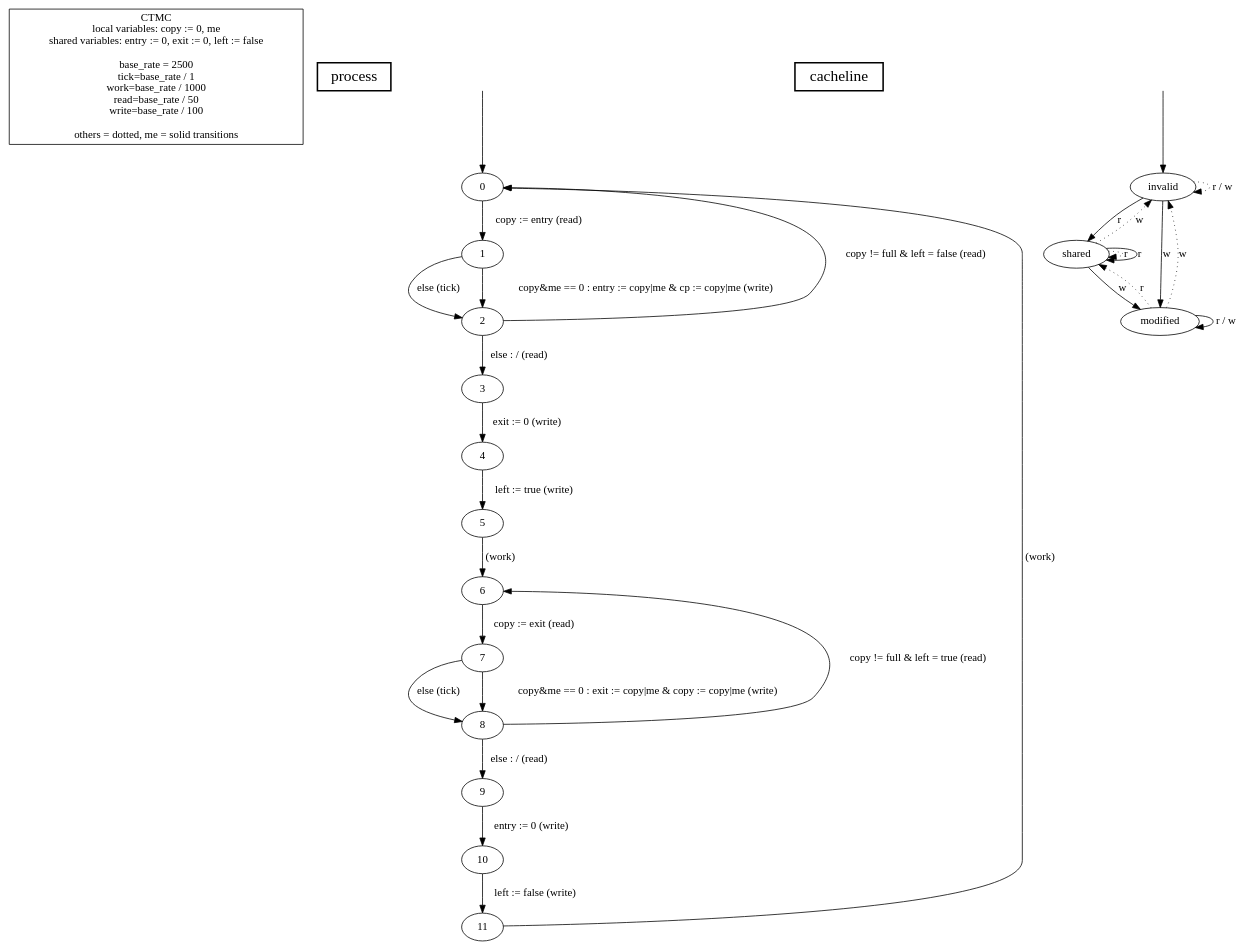
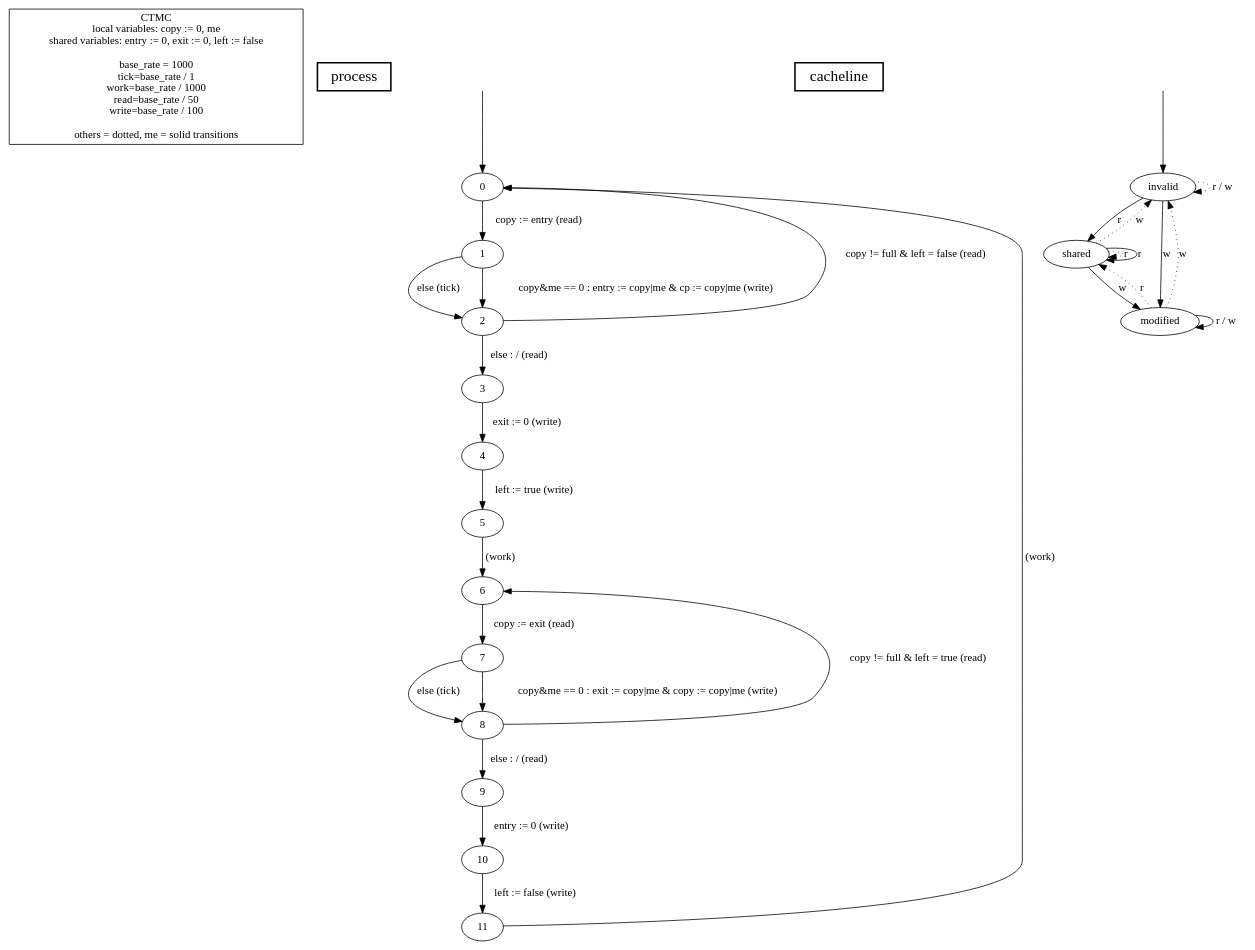
Before and after one commit to hydroo/minor-thesis-barriers: the diagram in models/prism/ctmc/with-cache/model.dot, drawn with Graphviz. The commit also changed 1 other file, not shown here.

Commit message:
base rate is now 1000, not 2500
base rate is now 1000

```diff
--- a/models/prism/ctmc/with-cache/model.dot
+++ b/models/prism/ctmc/with-cache/model.dot
@@ -1,53 +1,53 @@
 digraph {
 
-	"CTMC\nlocal variables: copy := 0, me\nshared variables: entry := 0, exit := 0, left := false\n\nbase_rate = 2500\ntick=base_rate / 1\nwork=base_rate / 1000\nread=base_rate / 50\nwrite=base_rate / 100\n\nothers = dotted, me = solid transitions" [nojustify=true, shape=box]
+	"CTMC\nlocal variables: copy := 0, me\nshared variables: entry := 0, exit := 0, left := false\n\nbase_rate = 1000\ntick=base_rate / 1\nwork=base_rate / 1000\nread=base_rate / 50\nwrite=base_rate / 100\n\nothers = dotted, me = solid transitions" [nojustify=true, shape=box]
 
 	"process" [nojustify=true, shape=box, style=bold, fontsize=20]
 
 	initial_state_source [style=invis]
 
 	// process
 
 	initial_state_source -> "0"
 
 	"0"  -> "1"  [weight=10, label="copy := entry (read)"]
 	"1"  -> "2"  [label="else (tick)"]
 	"1"  -> "2"  [weight=10, label="copy&me == 0 : entry := copy|me & cp := copy|me (write)"]
 
 	"2"  -> "0"  [label="copy != full & left = false (read)"]
 	"2"  -> "3"  [weight=10, label="else : / (read)"]
 	"3"  -> "4"  [weight=10, label="exit := 0 (write)"]
 	"4"  -> "5"  [weight=10, label="left := true (write)"]
 
 	"5"  -> "6"  [weight=10, label="(work)"]
 
 	"6"  -> "7"  [weight=10, label="copy := exit (read)"]
 	"7" -> "8"   [label="else (tick)"]
 	"7" -> "8"   [weight=10, label="copy&me == 0 : exit := copy|me & copy := copy|me (write)"]
 
 	"8" -> "6"   [label="copy != full & left = true (read)"]
 	"8" -> "9"   [weight=10, label="else : / (read)"]
 	"9" -> "10"  [weight=10, label="entry := 0 (write)"]
 	"10" -> "11" [weight=10, label="left := false (write)"]
 
 	"11" -> "0"  [label="(work)"]
 
 	// cacheline
 	"cacheline" [nojustify=true, shape=box, style=bold, fontsize=20]
 
 	initial_state_source2 [style=invis]
 	initial_state_source2 -> "invalid"
 
 	"invalid"  -> "invalid"  [label="r / w", style=dotted]
 	"invalid"  -> "shared"   [label="r"]
 	"invalid"  -> "modified" [label="w"]
 
 	"shared"   -> "shared"   [label="r", style=dotted]
 	"shared"   -> "invalid"  [label="w", style=dotted]
 	"shared"   -> "shared"   [label="r"]
 	"shared"   -> "modified" [label="w"]
 
 	"modified" -> "shared"   [label="r", style=dotted]
 	"modified" -> "invalid"  [label="w", style=dotted]
 	"modified" -> "modified" [label="r / w"]
 }
```
